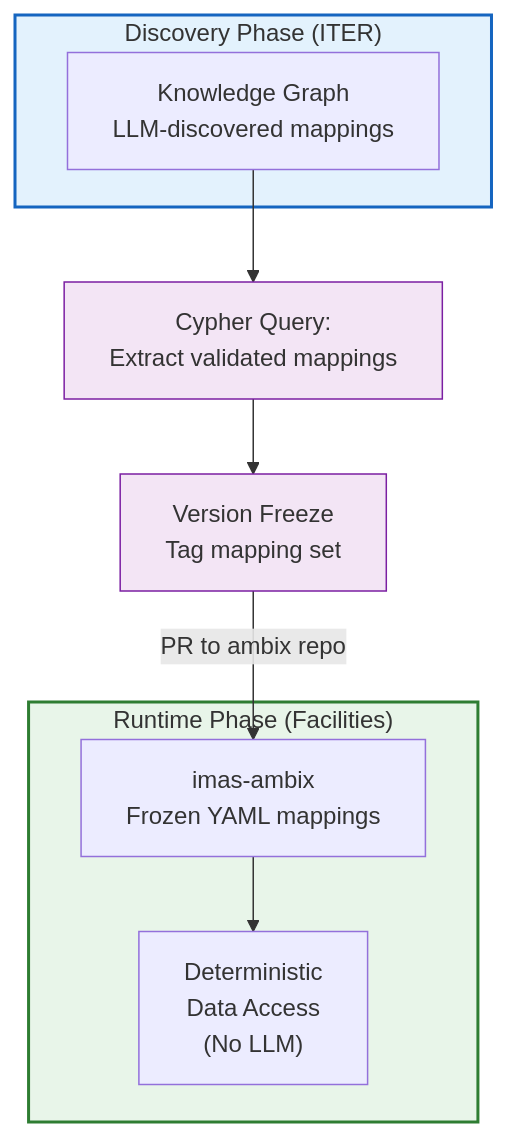
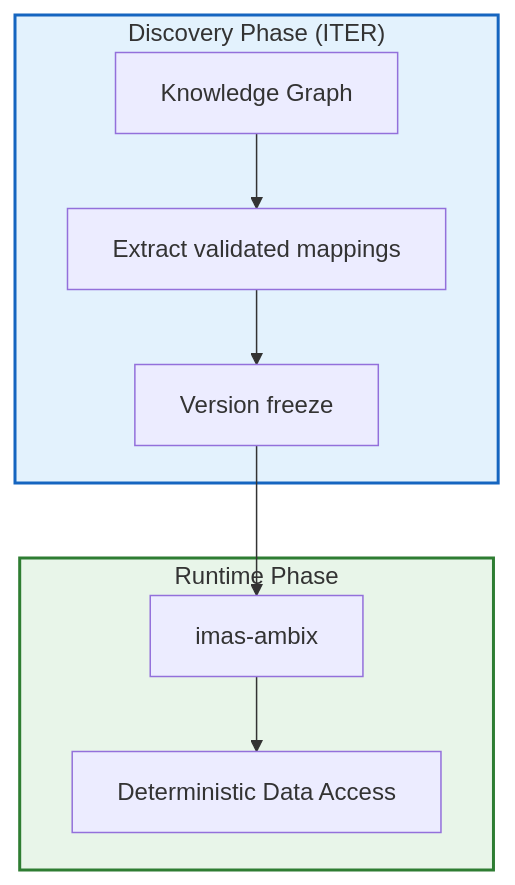
Before and after one commit to iterorganization/imas-mcp: the seventh of 8 diagrams in docs/architecture/facility-access.md, drawn with Mermaid. The commit also changed other lines of this file, not shown here.

First line of the commit message:
docs: fix Mermaid diagram layouts for consistent visual language

````diff
--- a/docs/architecture/facility-access.md
+++ b/docs/architecture/facility-access.md
@@ -490,31 +449,20 @@
 ```mermaid
 flowchart TB
     subgraph DISCOVERY["Discovery Phase (ITER)"]
-        GRAPH["Knowledge Graph
-        LLM-discovered mappings"]
+        GRAPH["Knowledge Graph"]
+        QUERY["Extract validated mappings"]
+        FREEZE["Version freeze"]
+        GRAPH --> QUERY --> FREEZE
     end
     
-    QUERY["Cypher Query:
-    Extract validated mappings"]
-    
-    FREEZE["Version Freeze
-    Tag mapping set"]
-    
-    subgraph RUNTIME_PHASE["Runtime Phase (Facilities)"]
-        YAML["imas-ambix
-        Frozen YAML mappings"]
-        ACCESS["Deterministic
-        Data Access
-        (No LLM)"]
+    subgraph RUNTIME["Runtime Phase"]
+        YAML["imas-ambix"]
+        ACCESS["Deterministic Data Access"]
+        YAML --> ACCESS
     end
     
-    GRAPH --> QUERY
-    QUERY --> FREEZE
-    FREEZE -->|"PR to ambix repo"| YAML
-    YAML --> ACCESS
+    FREEZE --> YAML
 
     style DISCOVERY fill:#e3f2fd,stroke:#1565c0,stroke-width:2px
-    style RUNTIME_PHASE fill:#e8f5e9,stroke:#2e7d32,stroke-width:2px
-    style QUERY fill:#f3e5f5,stroke:#7b1fa2,stroke-width:1px
-    style FREEZE fill:#f3e5f5,stroke:#7b1fa2,stroke-width:1px
+    style RUNTIME fill:#e8f5e9,stroke:#2e7d32,stroke-width:2px
 ```
````
